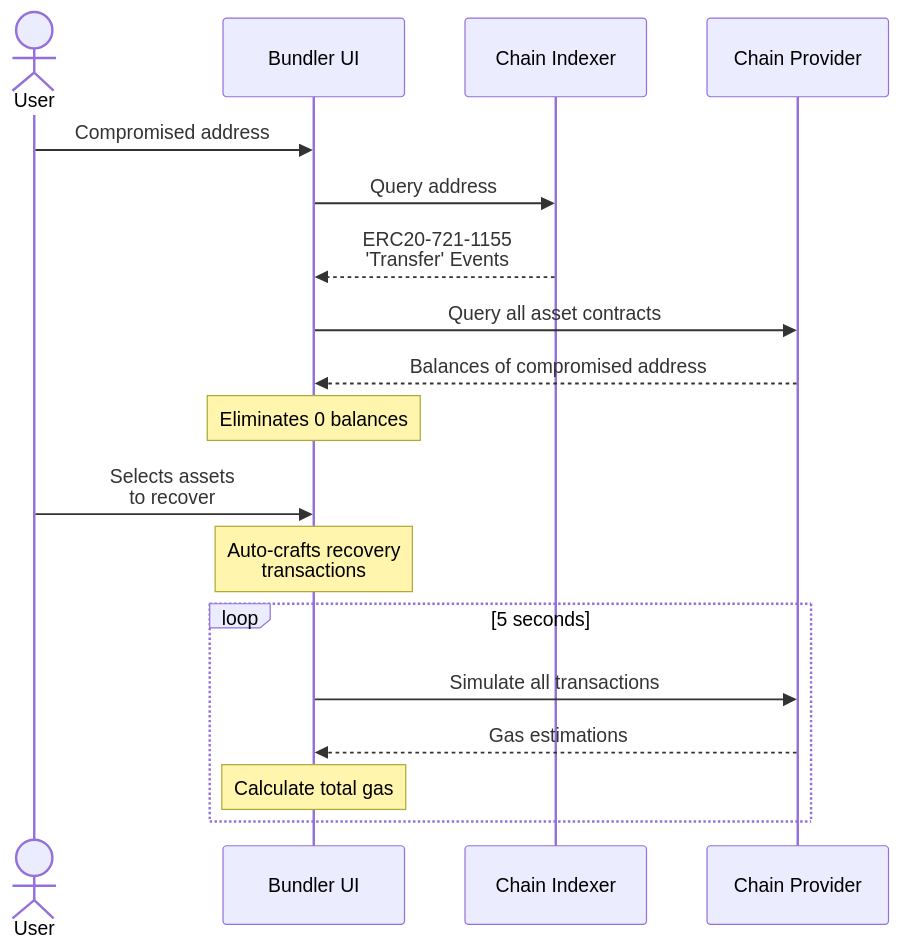
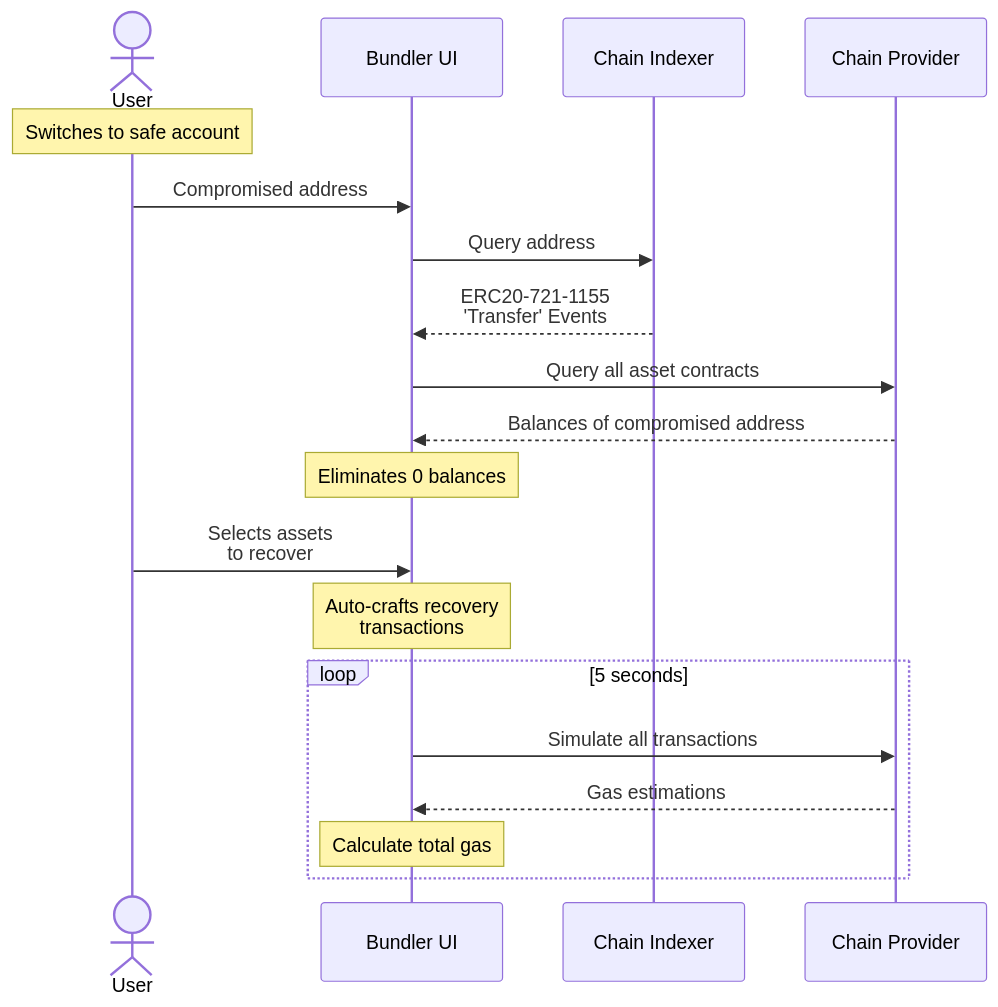
One commit to irfanbozkurt/flashbot-recovery-bundler changed the first of 7 diagrams in docs/seq.md. Above: the diagram before and after it, drawn with Mermaid.

Commit message:
small correction in seq.diag

````diff
--- a/docs/seq.md
+++ b/docs/seq.md
@@ -5,26 +5,28 @@
 ```mermaid
 sequenceDiagram
     actor User
+
+	Note over User: Switches to safe account
 
     participant Bundler UI
     participant Chain Indexer
 	participant Chain Provider
 
 	User->>Bundler UI: Compromised address
 	Bundler UI->>Chain Indexer: Query address
 	Chain Indexer-->>Bundler UI: ERC20-721-1155<br/>'Transfer' Events
 	Bundler UI->>Chain Provider: Query all asset contracts
 	Chain Provider-->>Bundler UI: Balances of compromised address
 
 	Note over Bundler UI: Eliminates 0 balances
 
 	User->>Bundler UI: Selects assets<br>to recover
 
 	Note over Bundler UI: Auto-crafts recovery <br>transactions
 
 	loop 5 seconds
 		Bundler UI->>Chain Provider: Simulate all transactions
 		Chain Provider-->>Bundler UI: Gas estimations
 		Note over Bundler UI: Calculate total gas
 	end
 ```
````
